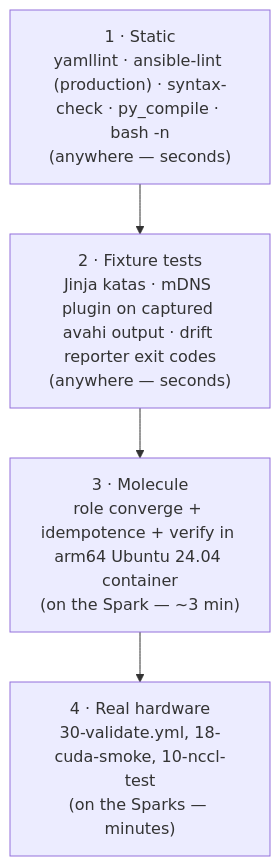
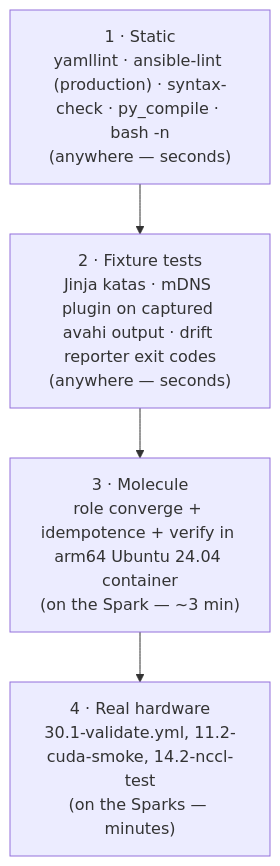
Before and after one commit to cloudone365/technical-depth: the diagram in 01-Ansible/25-testing-linting-and-ci.md, drawn with Mermaid. The commit also changed other lines of this file and 242 other files, not shown here.

````diff
--- a/01-Ansible/25-testing-linting-and-ci.md
+++ b/01-Ansible/25-testing-linting-and-ci.md
@@ -16,8 +16,8 @@
 ```mermaid
 flowchart TB
-  L4["4 · Real hardware<br/>30-validate.yml, 18-cuda-smoke, 10-nccl-test<br/>(on the Sparks — minutes)"]
+  L4["4 · Real hardware<br/>30.1-validate.yml, 11.2-cuda-smoke, 14.2-nccl-test<br/>(on the Sparks — minutes)"]
   L3["3 · Molecule<br/>role converge + idempotence + verify in arm64 Ubuntu 24.04 container<br/>(on the Spark — ~3 min)"]
   L2["2 · Fixture tests<br/>Jinja katas · mDNS plugin on captured avahi output · drift reporter exit codes<br/>(anywhere — seconds)"]
   L1["1 · Static<br/>yamllint · ansible-lint (production) · syntax-check · py_compile · bash -n<br/>(anywhere — seconds)"]
   L1 --> L2 --> L3 --> L4
 ```
````
